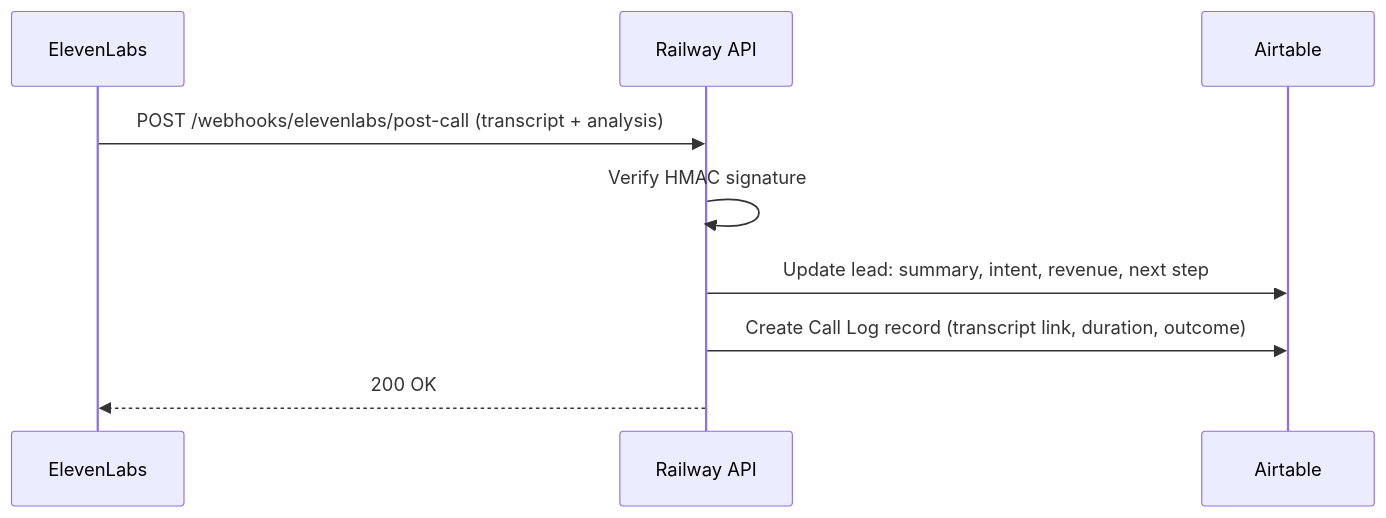
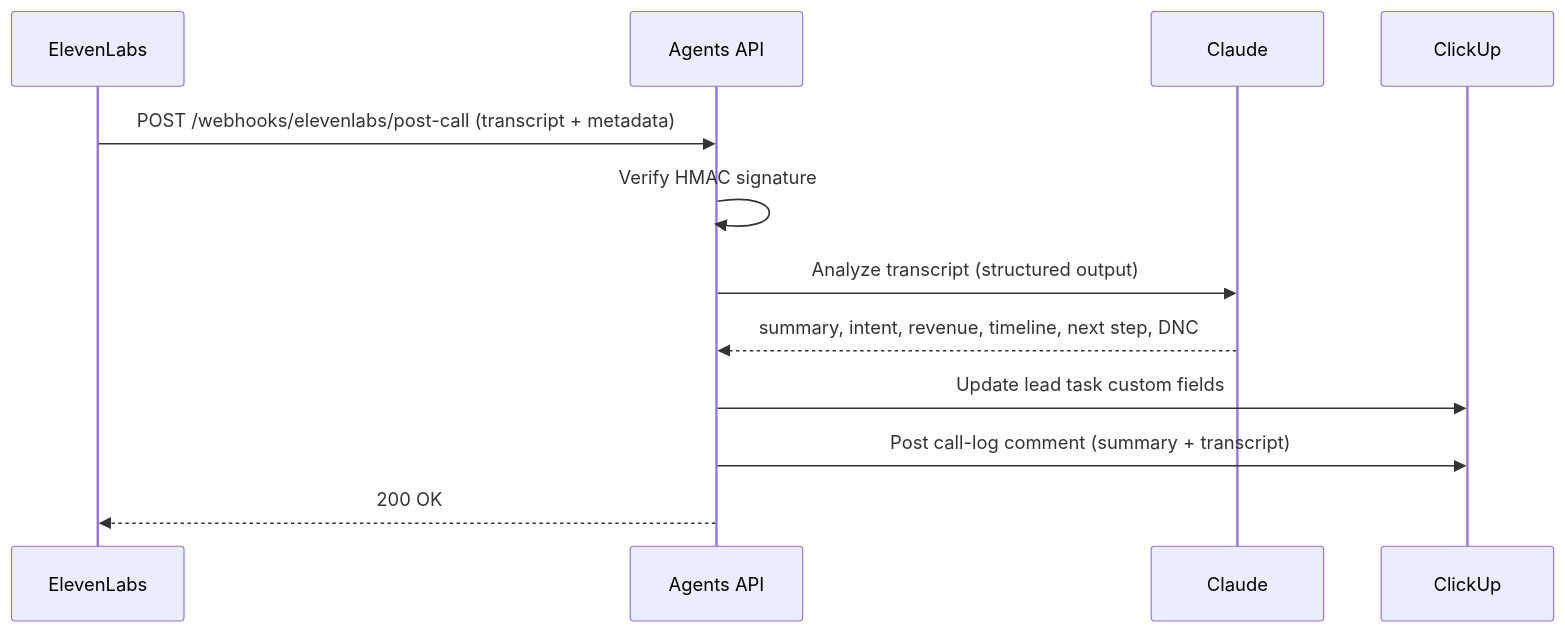
The diagram in obsidian/ElevenLabs Agents/02 - Agent - Scribe (Post-Call Notes).md (ontiverosj/agents), drawn with Mermaid before and after one commit. The commit also changed other lines of this file and 17 other files, not shown here.

First line of the commit message:
Rebuild on ClickUp + Claude, drop Airtable and Railway

````diff
--- a/obsidian/ElevenLabs Agents/02 - Agent - Scribe (Post-Call Notes).md
+++ b/obsidian/ElevenLabs Agents/02 - Agent - Scribe (Post-Call Notes).md
@@ -15,12 +15,15 @@
 ```mermaid
 sequenceDiagram
     participant EL as ElevenLabs
-    participant API as Railway API
-    participant AT as Airtable
+    participant API as Agents API
+    participant CL as Claude
+    participant CU as ClickUp
 
-    EL->>API: POST /webhooks/elevenlabs/post-call (transcript + analysis)
+    EL->>API: POST /webhooks/elevenlabs/post-call (transcript + metadata)
     API->>API: Verify HMAC signature
-    API->>AT: Update lead: summary, intent, revenue, next step
-    API->>AT: Create Call Log record (transcript link, duration, outcome)
+    API->>CL: Analyze transcript (structured output)
+    CL-->>API: summary, intent, revenue, timeline, next step, DNC
+    API->>CU: Update lead task custom fields
+    API->>CU: Post call-log comment (summary + transcript)
     API-->>EL: 200 OK
 ```
````
